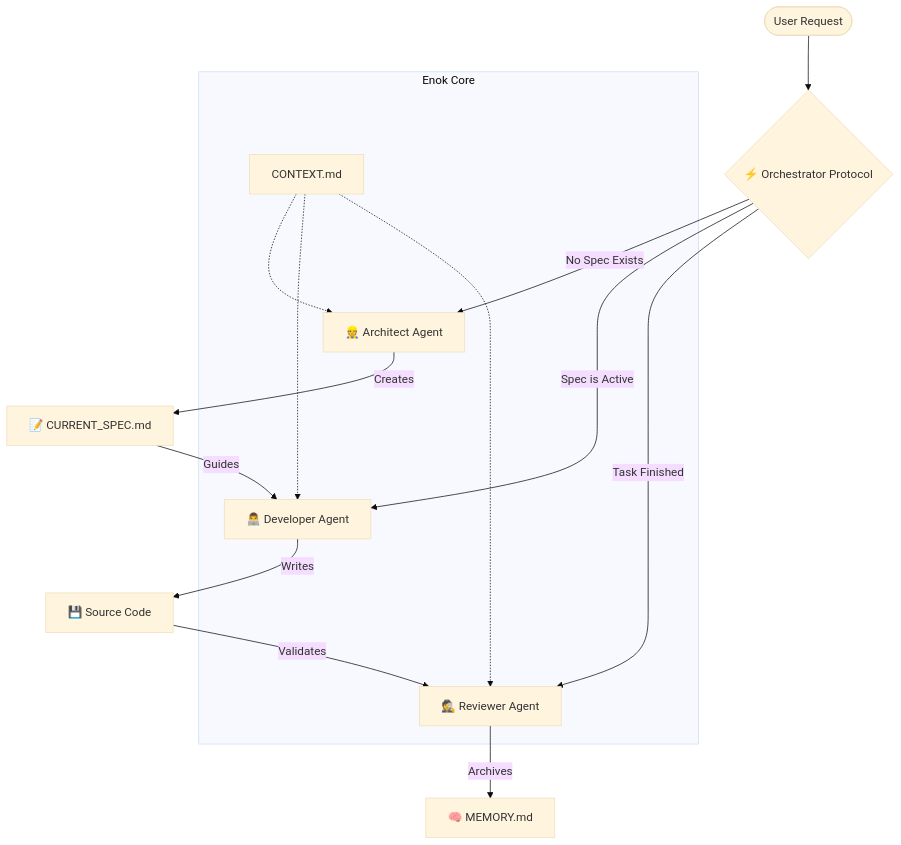
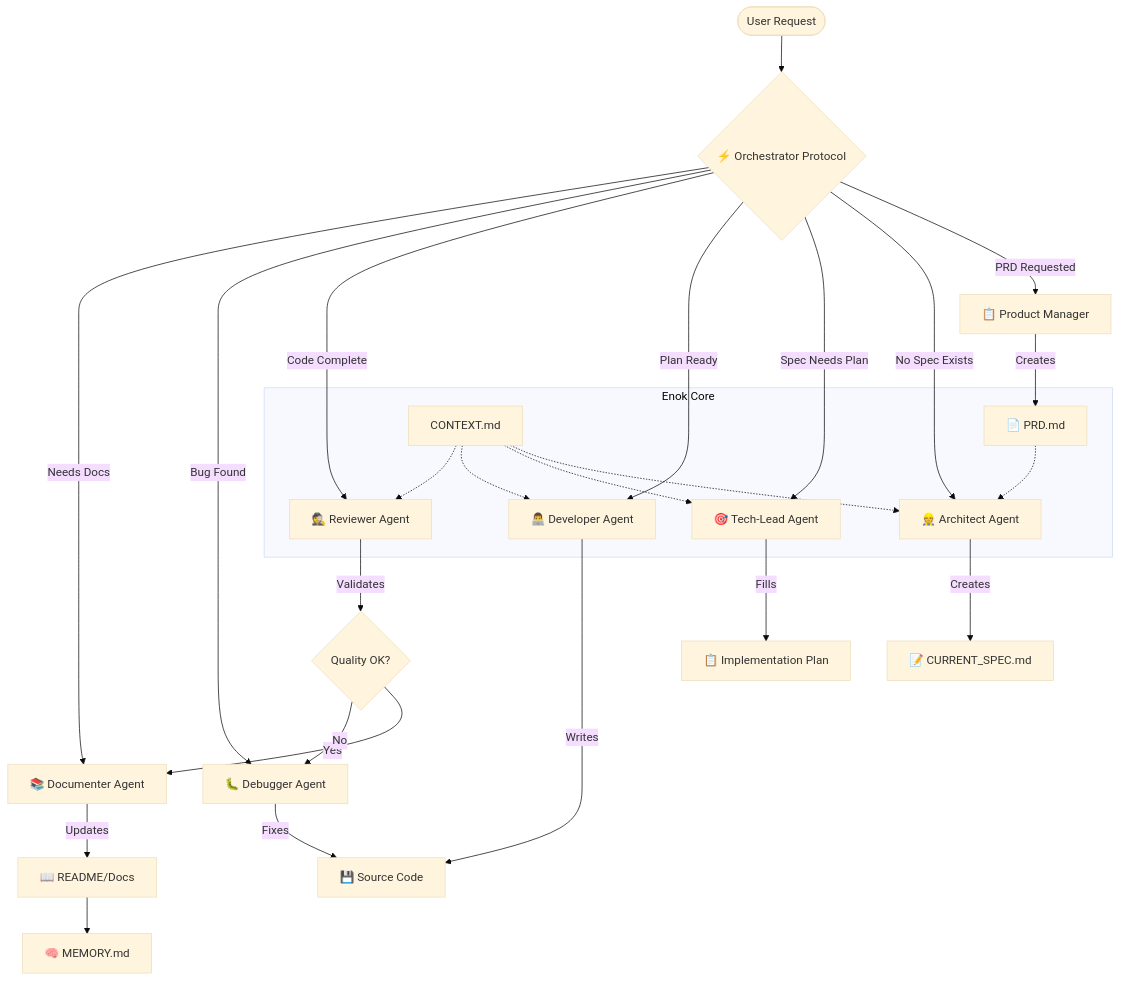
One commit to tky0065/enokMethode changed the first of 2 diagrams in README.md. Above: the diagram before and after it, drawn with Mermaid (base theme). The commit also changed other lines of this file and 6 other files, not shown here.

Commit message:
feat: Expand orchestrator protocol with new agents and commands, integrate PRD into specs, and add a `plan` command.

````diff
--- a/README.md
+++ b/README.md
@@ -22,20 +22,31 @@
 ```mermaid
 graph TD
     User([User Request]) --> Orchestrator{⚡️ Orchestrator Protocol}
     
+    Orchestrator -- "PRD Requested" --> PM[📋 Product Manager]
     Orchestrator -- "No Spec Exists" --> Architect[👷 Architect Agent]
-    Orchestrator -- "Spec is Active" --> Developer[👨‍💻 Developer Agent]
-    Orchestrator -- "Task Finished" --> Reviewer[🕵️ Reviewer Agent]
+    Orchestrator -- "Spec Needs Plan" --> TechLead[🎯 Tech-Lead Agent]
+    Orchestrator -- "Plan Ready" --> Developer[👨‍💻 Developer Agent]
+    Orchestrator -- "Code Complete" --> Reviewer[🕵️ Reviewer Agent]
+    Orchestrator -- "Bug Found" --> Debugger[🐛 Debugger Agent]
+    Orchestrator -- "Needs Docs" --> Documenter[📚 Documenter Agent]
     
+    PM --> |Creates| PRD[📄 PRD.md]
     Architect --> |Creates| Spec[📝 CURRENT_SPEC.md]
-    Spec --> |Guides| Developer
+    TechLead --> |Fills| Plan[📋 Implementation Plan]
     Developer --> |Writes| Code[💾 Source Code]
-    Code --> |Validates| Reviewer
-    Reviewer --> |Archives| Memory[🧠 MEMORY.md]
+    Reviewer --> |Validates| Quality{Quality OK?}
+    Quality -- Yes --> Documenter
+    Quality -- No --> Debugger
+    Debugger --> |Fixes| Code
+    Documenter --> |Updates| Docs[📖 README/Docs]
+    Docs --> Memory[🧠 MEMORY.md]
     
     subgraph "Enok Core"
     Context[CONTEXT.md] -.-> Architect
+    Context -.-> TechLead
     Context -.-> Developer
     Context -.-> Reviewer
+    PRD -.-> Architect
     end
 ```
````
